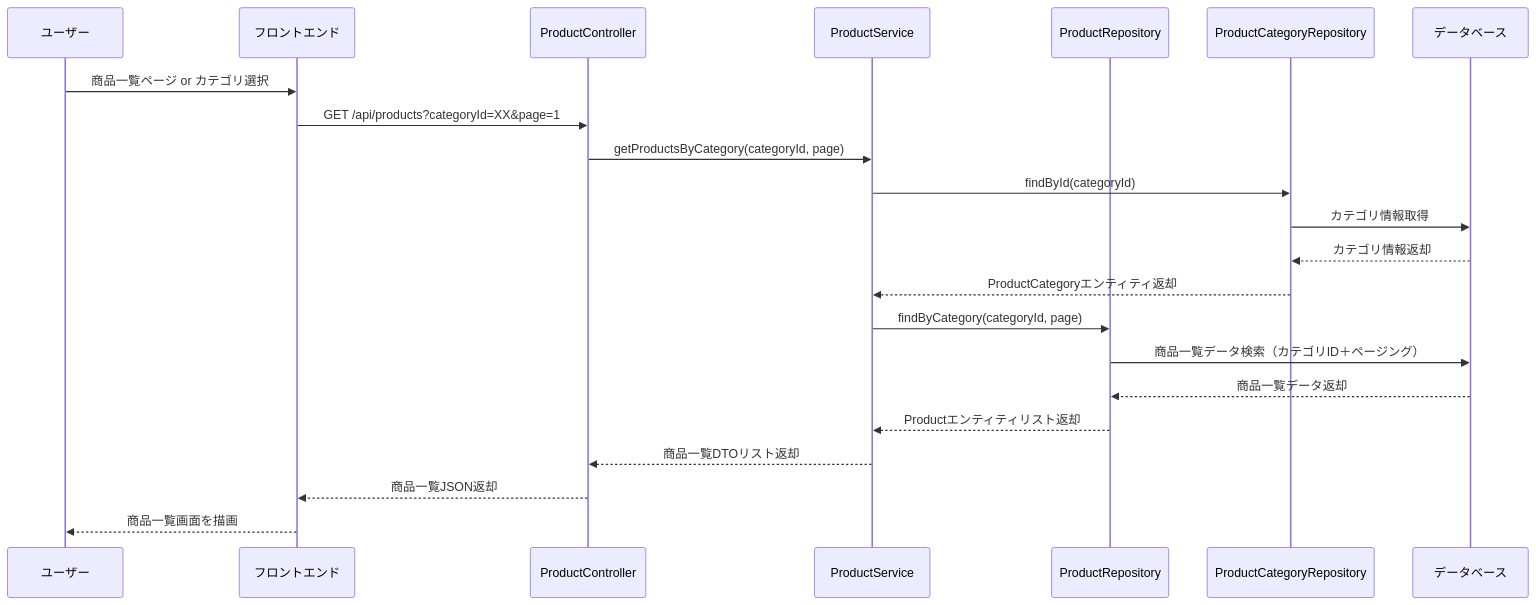
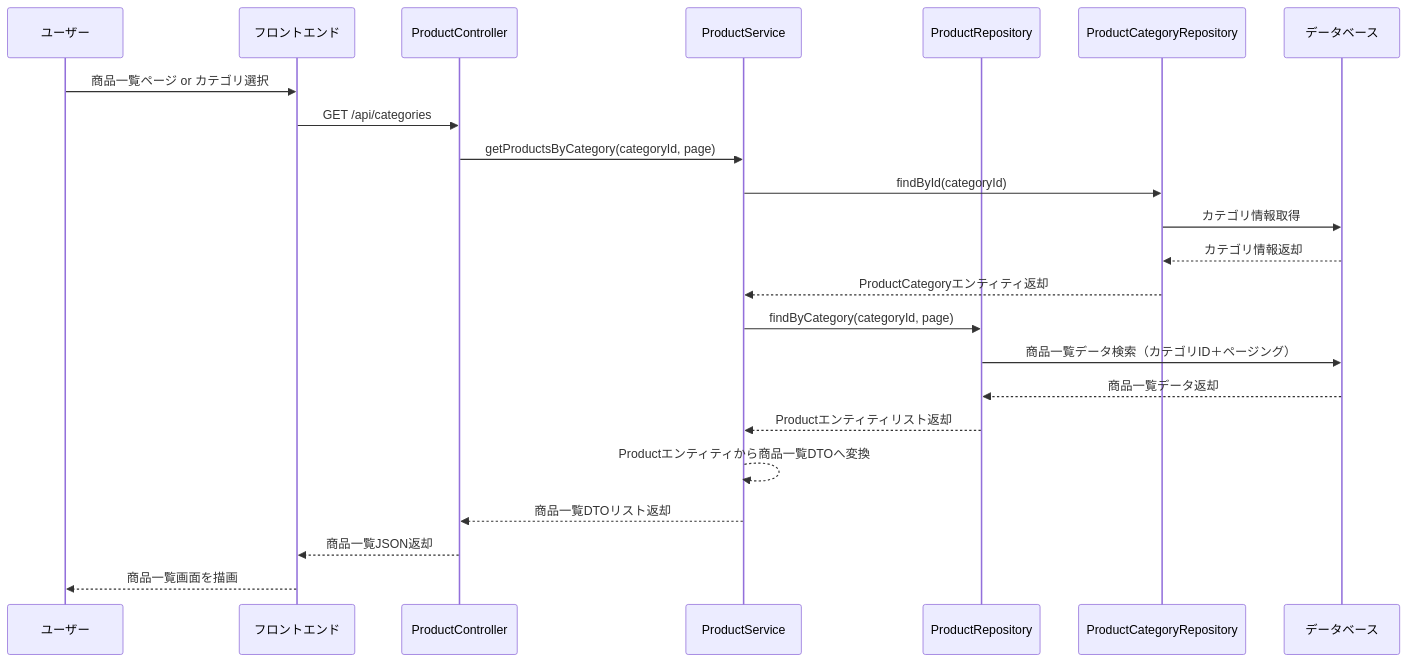
Before and after one commit to Aoi-Yaegashi/teamF: the first of 28 diagrams in 詳細設計/担当B_村田/3.2 機能詳細.md, drawn with Mermaid. The commit also changed other lines of this file and 1 other file, not shown here.

```diff
--- a/詳細設計/担当B_村田/3.2 機能詳細.md
+++ b/詳細設計/担当B_村田/3.2 機能詳細.md
@@ -7,25 +7,26 @@
    <div class="mermaid">
    sequenceDiagram
     participant User as ユーザー
     participant Browser as フロントエンド
     participant Controller as ProductController
     participant Service as ProductService
     participant ProductRepo as ProductRepository
     participant CategoryRepo as ProductCategoryRepository
     participant DB as データベース
 
     User->>Browser: 商品一覧ページ or カテゴリ選択
-    Browser->>Controller: GET /api/products?categoryId=XX&page=1
+    Browser->>Controller: GET /api/categories
     Controller->>Service: getProductsByCategory(categoryId, page)
     Service->>CategoryRepo: findById(categoryId)
     CategoryRepo->>DB: カテゴリ情報取得
     DB-->>CategoryRepo: カテゴリ情報返却
     CategoryRepo-->>Service: ProductCategoryエンティティ返却
     Service->>ProductRepo: findByCategory(categoryId, page)
     ProductRepo->>DB: 商品一覧データ検索（カテゴリID＋ページング）
     DB-->>ProductRepo: 商品一覧データ返却
     ProductRepo-->>Service: Productエンティティリスト返却
+    Service-->>Service: Productエンティティから商品一覧DTOへ変換
     Service-->>Controller: 商品一覧DTOリスト返却
     Controller-->>Browser: 商品一覧JSON返却
     Browser-->>User: 商品一覧画面を描画
 </div>
```
